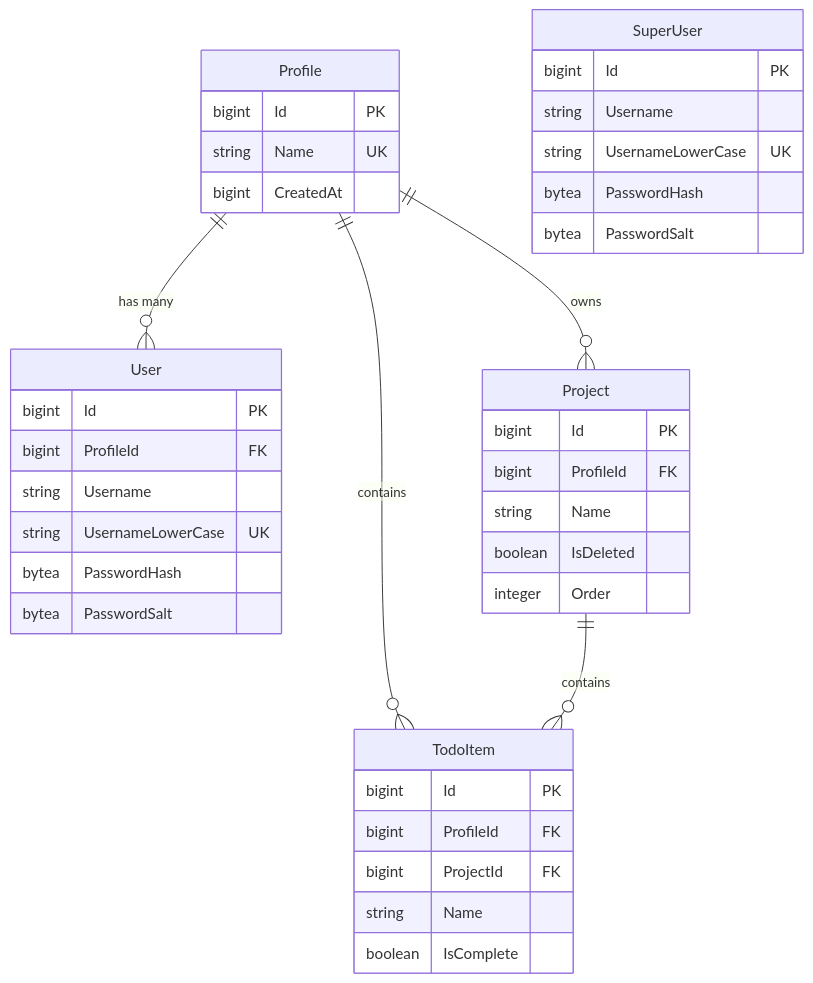
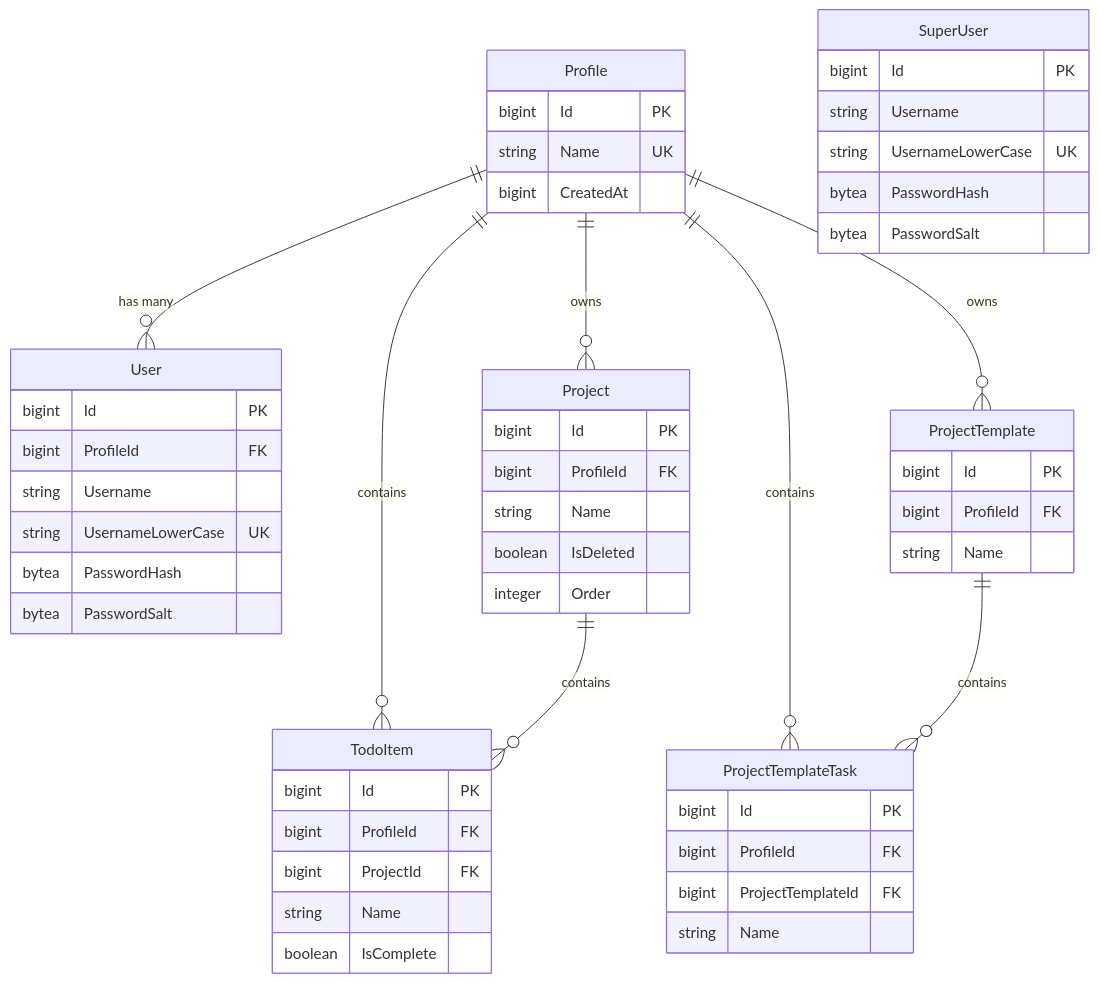
Before and after one commit to alexeykuptsov/TodoLists: the third of 3 diagrams in TECHNICAL_SPECIFICATION.md, drawn with Mermaid. The commit also changed other lines of this file and 29 other files, not shown here.

````diff
--- a/TECHNICAL_SPECIFICATION.md
+++ b/TECHNICAL_SPECIFICATION.md
@@ -149,46 +153,62 @@
 ```mermaid
 erDiagram
     Profile ||--o{ User : "has many"
     Profile ||--o{ Project : "owns"
     Profile ||--o{ TodoItem : "contains"
+    Profile ||--o{ ProjectTemplate : "owns"
+    Profile ||--o{ ProjectTemplateTask : "contains"
     Project ||--o{ TodoItem : "contains"
+    ProjectTemplate ||--o{ ProjectTemplateTask : "contains"
     
     Profile {
         bigint Id PK
         string Name UK
         bigint CreatedAt
     }
     
     User {
         bigint Id PK
         bigint ProfileId FK
         string Username
         string UsernameLowerCase UK
         bytea PasswordHash
         bytea PasswordSalt
     }
     
     SuperUser {
         bigint Id PK
         string Username
         string UsernameLowerCase UK
         bytea PasswordHash
         bytea PasswordSalt
     }
     
     Project {
         bigint Id PK
         bigint ProfileId FK
         string Name
         boolean IsDeleted
         integer Order
     }
     
     TodoItem {
         bigint Id PK
         bigint ProfileId FK
         bigint ProjectId FK
         string Name
         boolean IsComplete
     }
+    
+    ProjectTemplate {
+        bigint Id PK
+        bigint ProfileId FK
+        string Name
+    }
+    
+    ProjectTemplateTask {
+        bigint Id PK
+        bigint ProfileId FK
+        bigint ProjectTemplateId FK
+        string Name
+    }
 ```
````
